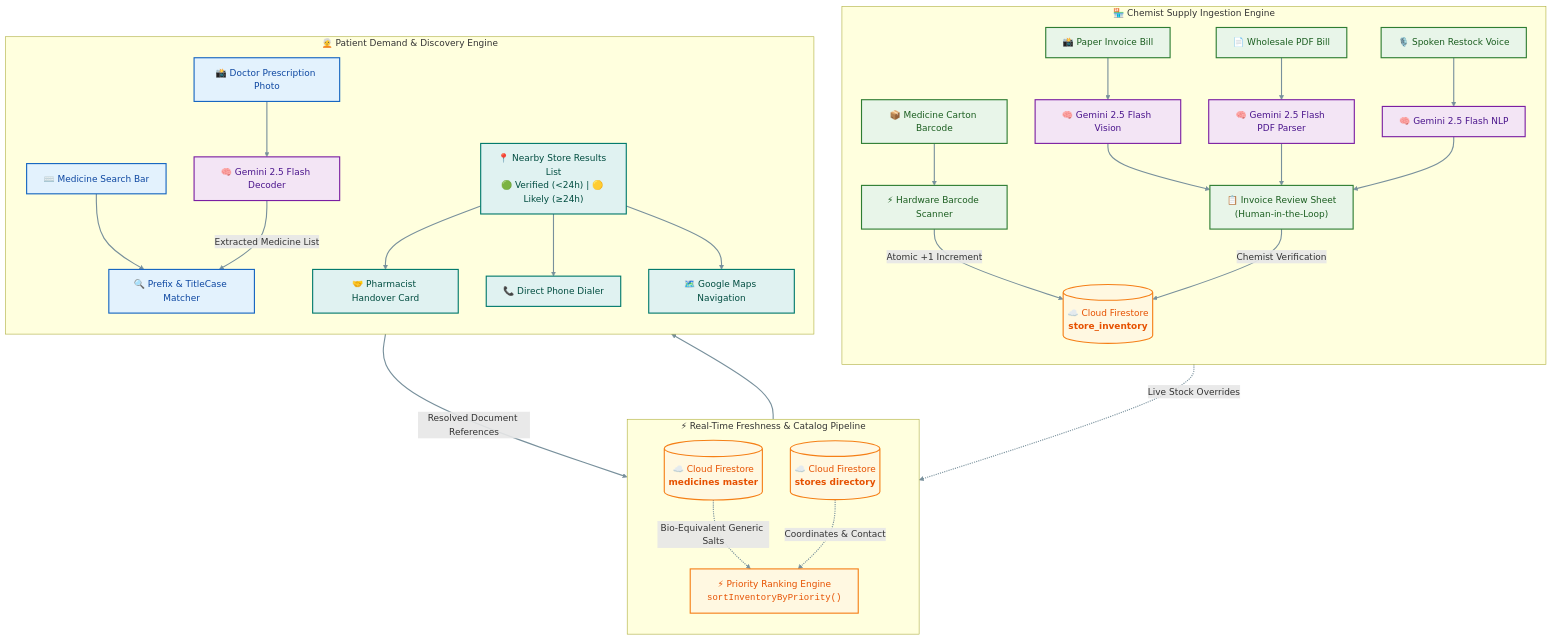
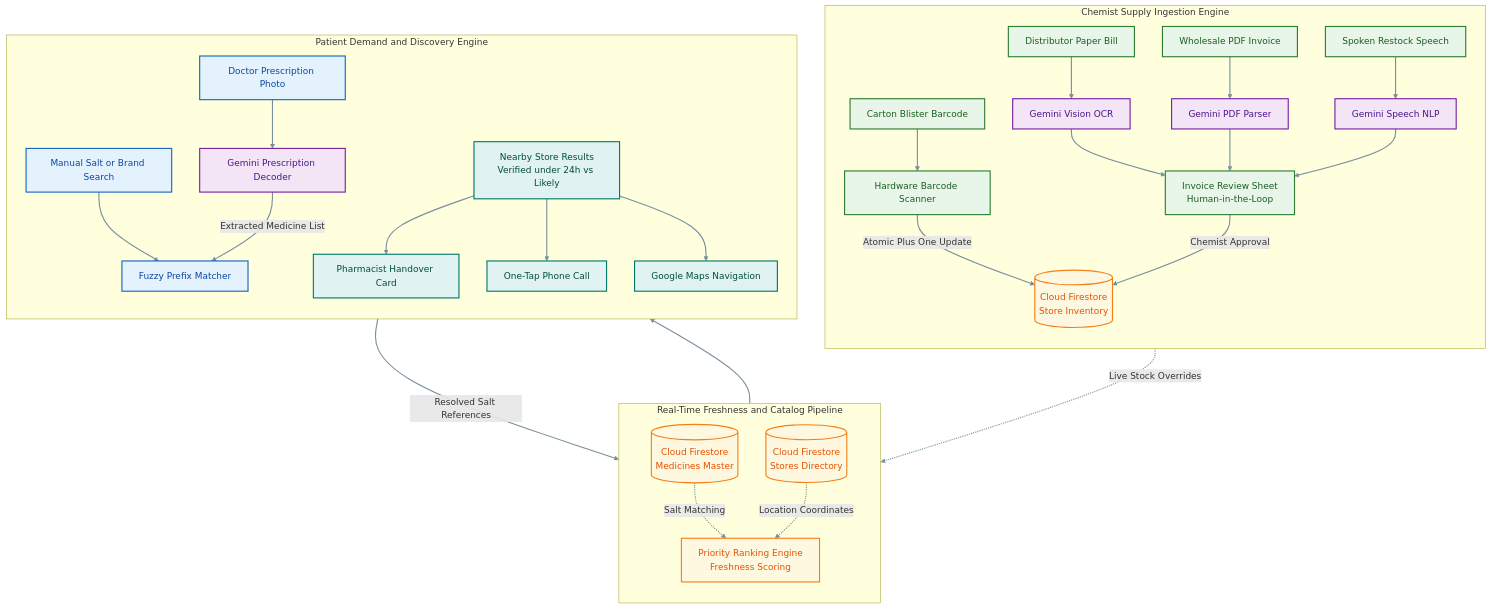
One commit to Parth-Chavan-15/MedSetu-TechSprint changed the first of 3 diagrams in README.md. Above: the diagram before and after it, drawn with Mermaid. The commit also changed other lines of this file, not shown here.

Commit message:
docs: perfect README text, fix GitHub Mermaid rendering, generalize data model, and streamline quick start

````diff
--- a/README.md
+++ b/README.md
@@ -102,53 +102,53 @@
 ```mermaid
 flowchart TB
-    subgraph ChemistEngine["🏪 Chemist Supply Ingestion Engine"]
+    subgraph ChemistEngine["Chemist Supply Ingestion Engine"]
         direction TB
-        C_INV["📸 Paper Invoice Bill"] --> G_INV["🧠 Gemini 2.5 Flash Vision"]
-        C_PDF["📄 Wholesale PDF Bill"] --> G_PDF["🧠 Gemini 2.5 Flash PDF Parser"]
-        C_VOICE["🎙️ Spoken Restock Voice"] --> G_NLP["🧠 Gemini 2.5 Flash NLP"]
-        C_BC["📦 Medicine Carton Barcode"] --> BC_SCAN["⚡ Hardware Barcode Scanner"]
+        C_INV["Distributor Paper Bill"] --> G_INV["Gemini Vision OCR"]
+        C_PDF["Wholesale PDF Invoice"] --> G_PDF["Gemini PDF Parser"]
+        C_VOICE["Spoken Restock Speech"] --> G_NLP["Gemini Speech NLP"]
+        C_BC["Carton Blister Barcode"] --> BC_SCAN["Hardware Barcode Scanner"]
 
-        G_INV --> IRS["📋 Invoice Review Sheet<br/>(Human-in-the-Loop)"]
+        G_INV --> IRS["Invoice Review Sheet<br/>Human-in-the-Loop"]
         G_PDF --> IRS
         G_NLP --> IRS
-        BC_SCAN -->|Atomic +1 Increment| FS_INV
-        IRS -->|Chemist Verification| FS_INV[("☁️ Cloud Firestore<br/><b>store_inventory</b>")]
+        BC_SCAN -->|Atomic Plus One Update| FS_INV
+        IRS -->|Chemist Approval| FS_INV[("Cloud Firestore<br/>Store Inventory")]
     end
 
-    subgraph CoreEngine["⚡ Real-Time Freshness & Catalog Pipeline"]
+    subgraph CoreEngine["Real-Time Freshness and Catalog Pipeline"]
         direction TB
-        FS_MED[("☁️ Cloud Firestore<br/><b>medicines master</b>")]
-        FS_STORES[("☁️ Cloud Firestore<br/><b>stores directory</b>")]
+        FS_MED[("Cloud Firestore<br/>Medicines Master")]
+        FS_STORES[("Cloud Firestore<br/>Stores Directory")]
 
-        FS_INV -.->|Live Stock Overrides| RANK["⚡ Priority Ranking Engine<br/><code>sortInventoryByPriority()</code>"]
-        FS_MED -.->|Bio-Equivalent Generic Salts| RANK
-        FS_STORES -.->|Coordinates & Contact| RANK
+        FS_INV -.->|Live Stock Overrides| RANK["Priority Ranking Engine<br/>Freshness Scoring"]
+        FS_MED -.->|Salt Matching| RANK
+        FS_STORES -.->|Location Coordinates| RANK
     end
 
-    subgraph PatientEngine["🧑‍🦳 Patient Demand & Discovery Engine"]
+    subgraph PatientEngine["Patient Demand and Discovery Engine"]
         direction TB
-        P_RX["📸 Doctor Prescription Photo"] --> G_RX["🧠 Gemini 2.5 Flash Decoder"]
-        P_TXT["⌨️ Medicine Search Bar"] --> MATCH["🔍 Prefix & TitleCase Matcher"]
+        P_RX["Doctor Prescription Photo"] --> G_RX["Gemini Prescription Decoder"]
+        P_TXT["Manual Salt or Brand Search"] --> MATCH["Fuzzy Prefix Matcher"]
         G_RX -->|Extracted Medicine List| MATCH
-        MATCH -->|Resolved Document References| RANK
+        MATCH -->|Resolved Salt References| RANK
 
-        RANK --> UI_STORES["📍 Nearby Store Results List<br/>🟢 Verified (&lt;24h) | 🟡 Likely (&ge;24h)"]
-        UI_STORES --> ACT_CARD["🤝 Pharmacist Handover Card"]
-        UI_STORES --> ACT_CALL["📞 Direct Phone Dialer"]
-        UI_STORES --> ACT_MAP["🗺️ Google Maps Navigation"]
+        RANK --> UI_STORES["Nearby Store Results<br/>Verified under 24h vs Likely"]
+        UI_STORES --> ACT_CARD["Pharmacist Handover Card"]
+        UI_STORES --> ACT_CALL["One-Tap Phone Call"]
+        UI_STORES --> ACT_MAP["Google Maps Navigation"]
     end
 
     classDef chemist fill:#E8F5E9,stroke:#2E7D32,color:#1B5E20,stroke-width:2px;
     classDef patient fill:#E3F2FD,stroke:#1565C0,color:#0D47A1,stroke-width:2px;
     classDef ai fill:#F3E5F5,stroke:#7B1FA2,color:#4A148C,stroke-width:2px;
     classDef firestore fill:#FFF8E1,stroke:#F57F17,color:#E65100,stroke-width:2px;
     classDef output fill:#E0F2F1,stroke:#00796B,color:#004D40,stroke-width:2px;
 
     class C_INV,C_PDF,C_VOICE,C_BC,BC_SCAN,IRS chemist;
     class P_RX,P_TXT,MATCH patient;
     class G_INV,G_PDF,G_NLP,G_RX ai;
     class FS_INV,FS_MED,FS_STORES,RANK firestore;
     class UI_STORES,ACT_CARD,ACT_CALL,ACT_MAP output;
 
     linkStyle default stroke:#78909C,stroke-width:2px;
 ```
````
